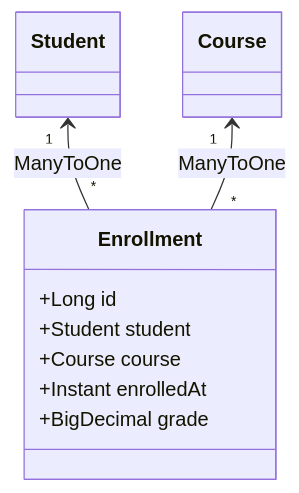
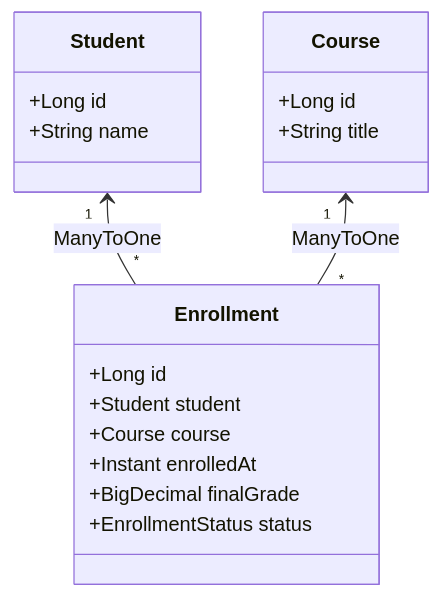
Before and after one commit to phanhuudanhkg0811-star/Spring-RoadMap: the eighth of 9 diagrams in 05-Database/Spring-Data/Spring-Data-JPA/Entity Mapping & Relationships/Relationship Mappings (@OneToOne, @OneToMany, @ManyToOne, @ManyToMany).md, drawn with Mermaid. The commit also changed other lines of this file and 4 other files, not shown here.

````diff
--- a/05-Database/Spring-Data/Spring-Data-JPA/Entity Mapping & Relationships/Relationship Mappings (@OneToOne, @OneToMany, @ManyToOne, @ManyToMany).md
+++ b/05-Database/Spring-Data/Spring-Data-JPA/Entity Mapping & Relationships/Relationship Mappings (@OneToOne, @OneToMany, @ManyToOne, @ManyToMany).md
@@ -207,13 +482,22 @@
 ```mermaid
 classDiagram
     Student "1" <-- "*" Enrollment : ManyToOne
     Course "1" <-- "*" Enrollment : ManyToOne
-    
+
+    class Student {
+        +Long id
+        +String name
+    }
+    class Course {
+        +Long id
+        +String title
+    }
     class Enrollment {
         +Long id
         +Student student
         +Course course
         +Instant enrolledAt
-        +BigDecimal grade
+        +BigDecimal finalGrade
+        +EnrollmentStatus status
     }
 ```
````
